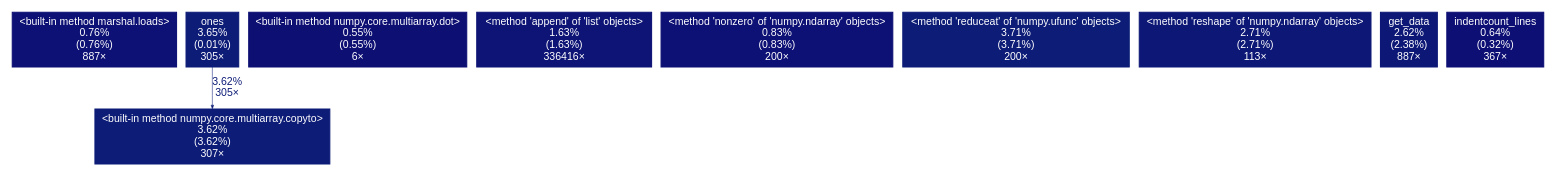
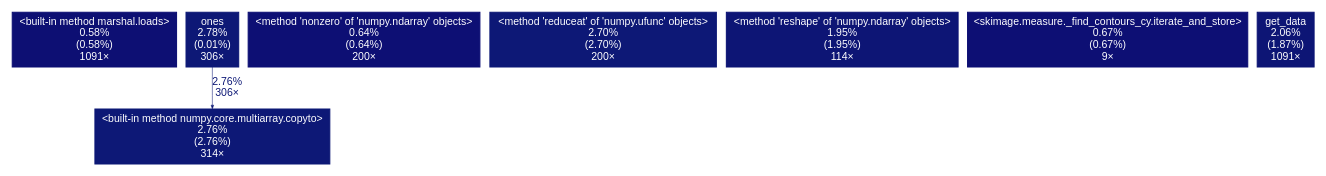
The diagram in version_2/profile/demo.dot (nicolasaaron/APC524_project_drosophila), drawn with Graphviz before and after one commit. The commit also changed 14 other files, not shown here.

```diff
--- a/version_2/profile/demo.dot
+++ b/version_2/profile/demo.dot
@@ -1,16 +1,14 @@
 digraph {
 	graph [fontname=Arial, nodesep=0.125, ranksep=0.25];
 	node [fontcolor=white, fontname=Arial, height=0, shape=box, style=filled, width=0];
 	edge [fontname=Arial];
-	"<built-in method marshal.loads>" [color="#0d1074", fontcolor="#ffffff", fontsize="10.00", label="<built-in method marshal.loads>\n0.76%\n(0.76%)\n887×"];
-	"<built-in method numpy.core.multiarray.copyto>" [color="#0d1c77", fontcolor="#ffffff", fontsize="10.00", label="<built-in method numpy.core.multiarray.copyto>\n3.62%\n(3.62%)\n307×"];
-	"<built-in method numpy.core.multiarray.dot>" [color="#0d0f73", fontcolor="#ffffff", fontsize="10.00", label="<built-in method numpy.core.multiarray.dot>\n0.55%\n(0.55%)\n6×"];
-	"<method 'append' of 'list' objects>" [color="#0d1475", fontcolor="#ffffff", fontsize="10.00", label="<method 'append' of 'list' objects>\n1.63%\n(1.63%)\n336416×"];
-	"<method 'nonzero' of 'numpy.ndarray' objects>" [color="#0d1074", fontcolor="#ffffff", fontsize="10.00", label="<method 'nonzero' of 'numpy.ndarray' objects>\n0.83%\n(0.83%)\n200×"];
-	"<method 'reduceat' of 'numpy.ufunc' objects>" [color="#0d1d77", fontcolor="#ffffff", fontsize="10.00", label="<method 'reduceat' of 'numpy.ufunc' objects>\n3.71%\n(3.71%)\n200×"];
-	"<method 'reshape' of 'numpy.ndarray' objects>" [color="#0d1876", fontcolor="#ffffff", fontsize="10.00", label="<method 'reshape' of 'numpy.ndarray' objects>\n2.71%\n(2.71%)\n113×"];
-	"get_data" [color="#0d1876", fontcolor="#ffffff", fontsize="10.00", label="get_data\n2.62%\n(2.38%)\n887×"];
-	"indentcount_lines" [color="#0d0f74", fontcolor="#ffffff", fontsize="10.00", label="indentcount_lines\n0.64%\n(0.32%)\n367×"];
-	ones [color="#0d1c77", fontcolor="#ffffff", fontsize="10.00", label="ones\n3.65%\n(0.01%)\n305×"];
-	ones -> "<built-in method numpy.core.multiarray.copyto>" [arrowsize="0.35", color="#0d1c77", fontcolor="#0d1c77", fontsize="10.00", label="3.62%\n305×", labeldistance="0.50", penwidth="0.50"];
+	"<built-in method marshal.loads>" [color="#0d0f73", fontcolor="#ffffff", fontsize="10.00", label="<built-in method marshal.loads>\n0.58%\n(0.58%)\n1091×"];
+	"<built-in method numpy.core.multiarray.copyto>" [color="#0d1876", fontcolor="#ffffff", fontsize="10.00", label="<built-in method numpy.core.multiarray.copyto>\n2.76%\n(2.76%)\n314×"];
+	"<method 'nonzero' of 'numpy.ndarray' objects>" [color="#0d0f74", fontcolor="#ffffff", fontsize="10.00", label="<method 'nonzero' of 'numpy.ndarray' objects>\n0.64%\n(0.64%)\n200×"];
+	"<method 'reduceat' of 'numpy.ufunc' objects>" [color="#0d1876", fontcolor="#ffffff", fontsize="10.00", label="<method 'reduceat' of 'numpy.ufunc' objects>\n2.70%\n(2.70%)\n200×"];
+	"<method 'reshape' of 'numpy.ndarray' objects>" [color="#0d1575", fontcolor="#ffffff", fontsize="10.00", label="<method 'reshape' of 'numpy.ndarray' objects>\n1.95%\n(1.95%)\n114×"];
+	"<skimage.measure._find_contours_cy.iterate_and_store>" [color="#0d0f74", fontcolor="#ffffff", fontsize="10.00", label="<skimage.measure._find_contours_cy.iterate_and_store>\n0.67%\n(0.67%)\n9×"];
+	"get_data" [color="#0d1575", fontcolor="#ffffff", fontsize="10.00", label="get_data\n2.06%\n(1.87%)\n1091×"];
+	ones [color="#0d1876", fontcolor="#ffffff", fontsize="10.00", label="ones\n2.78%\n(0.01%)\n306×"];
+	ones -> "<built-in method numpy.core.multiarray.copyto>" [arrowsize="0.35", color="#0d1876", fontcolor="#0d1876", fontsize="10.00", label="2.76%\n306×", labeldistance="0.50", penwidth="0.50"];
 }
```
